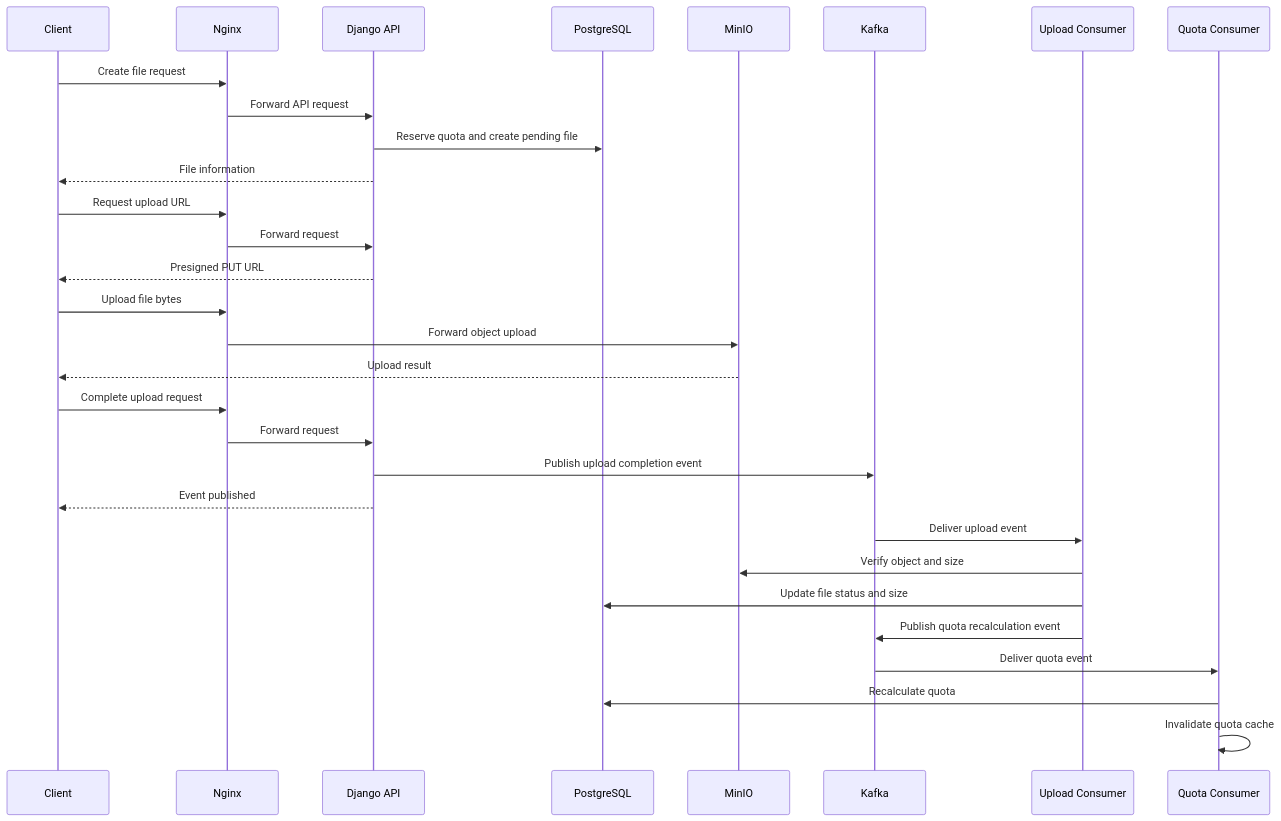
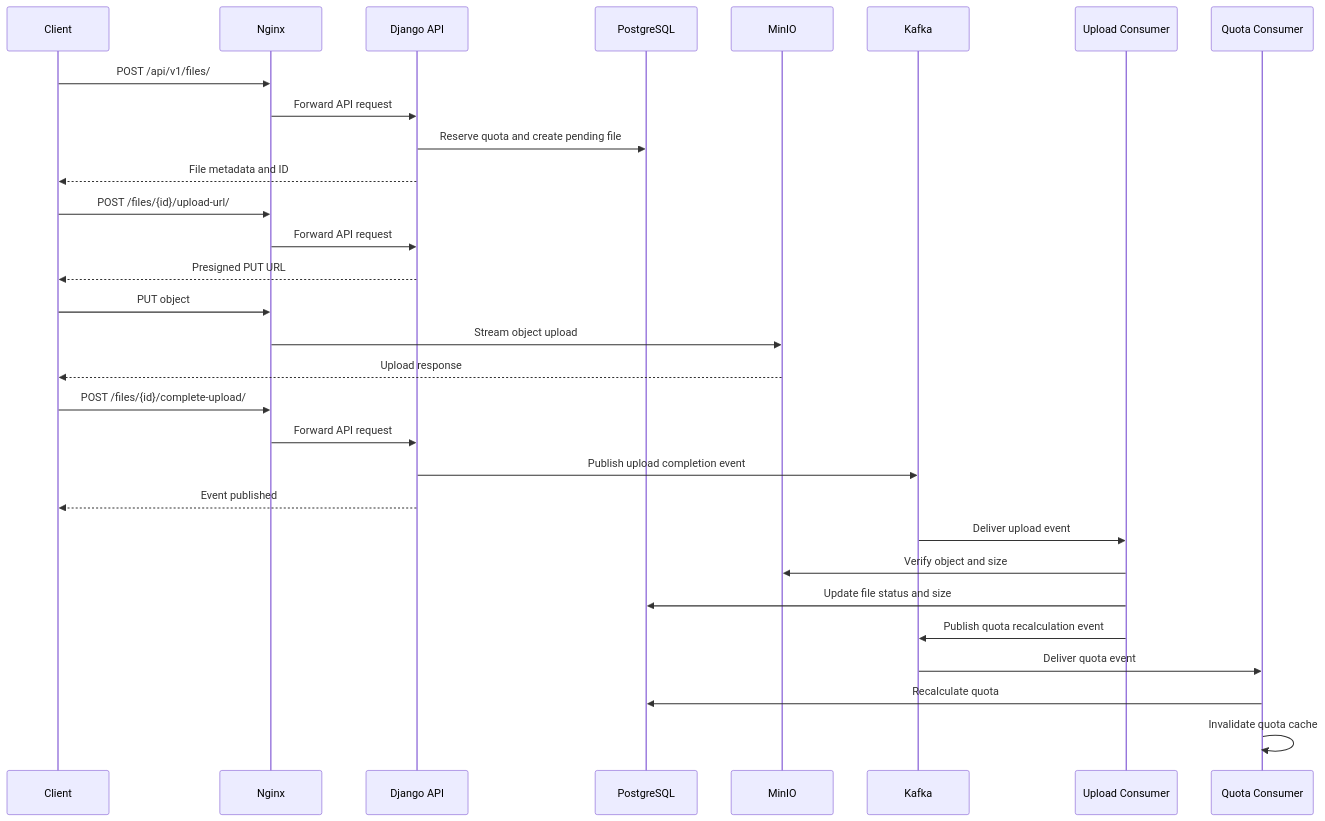
Before and after one commit to MHN-git/cloud-drive: the first of 2 diagrams in ARCHITECTURE.md, drawn with Mermaid. The commit also changed other lines of this file and 8 other files, not shown here.

````diff
--- a/ARCHITECTURE.md
+++ b/ARCHITECTURE.md
@@ -162,38 +212,38 @@
 ```mermaid
 sequenceDiagram
     participant C as Client
     participant N as Nginx
     participant A as Django API
     participant D as PostgreSQL
     participant M as MinIO
     participant K as Kafka
     participant U as Upload Consumer
     participant Q as Quota Consumer
 
-    C->>N: Create file request
+    C->>N: POST /api/v1/files/
     N->>A: Forward API request
     A->>D: Reserve quota and create pending file
-    A-->>C: File information
+    A-->>C: File metadata and ID
 
-    C->>N: Request upload URL
-    N->>A: Forward request
+    C->>N: POST /files/{id}/upload-url/
+    N->>A: Forward API request
     A-->>C: Presigned PUT URL
 
-    C->>N: Upload file bytes
-    N->>M: Forward object upload
-    M-->>C: Upload result
+    C->>N: PUT object
+    N->>M: Stream object upload
+    M-->>C: Upload response
 
-    C->>N: Complete upload request
-    N->>A: Forward request
+    C->>N: POST /files/{id}/complete-upload/
+    N->>A: Forward API request
     A->>K: Publish upload completion event
     A-->>C: Event published
 
     K->>U: Deliver upload event
     U->>M: Verify object and size
     U->>D: Update file status and size
     U->>K: Publish quota recalculation event
 
     K->>Q: Deliver quota event
     Q->>D: Recalculate quota
     Q->>Q: Invalidate quota cache
 ```
````
